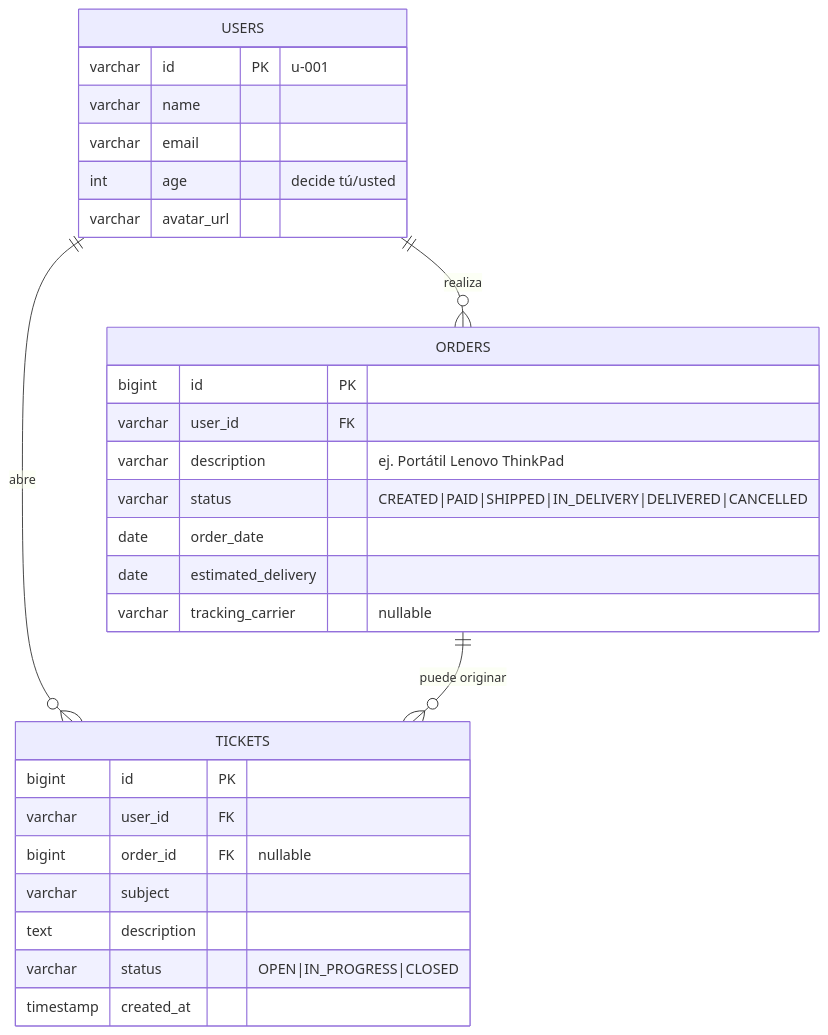
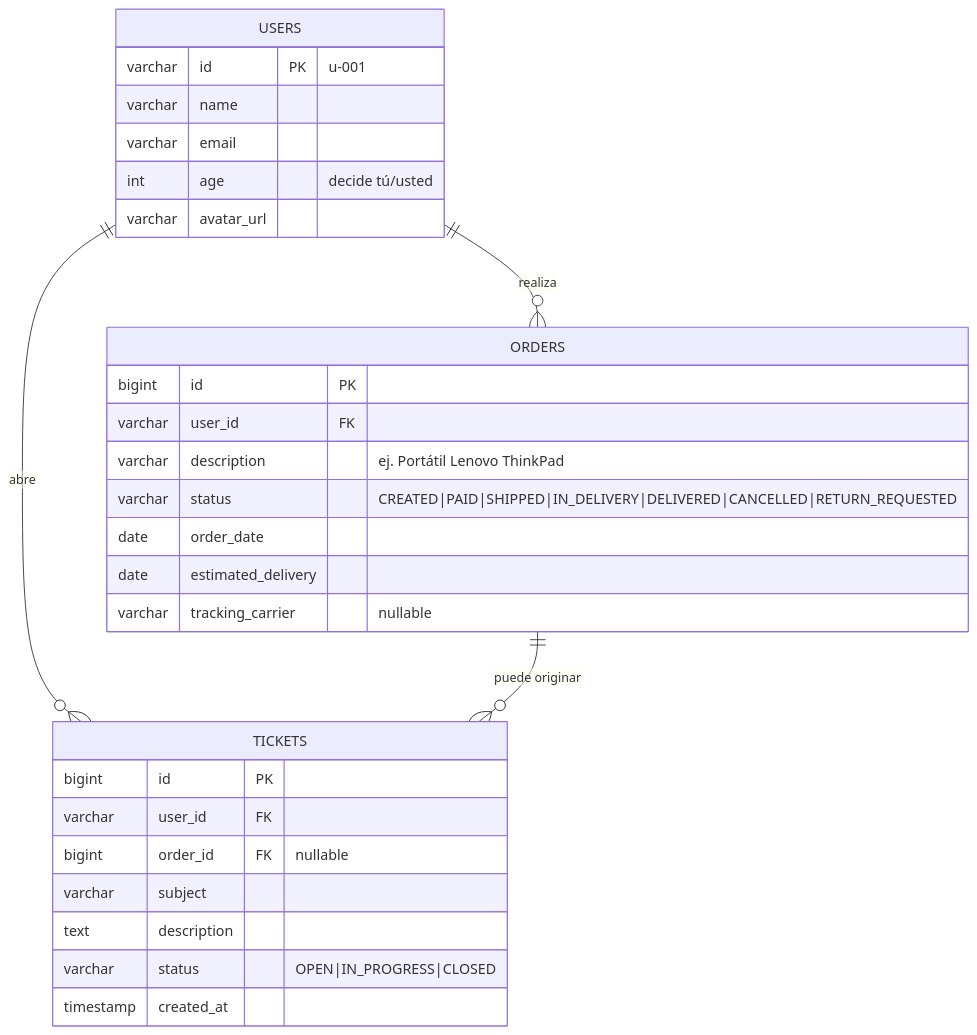
Before and after one commit to mikel0ne/ai-platform-portfolio: the diagram in docs/arquitectura/03-modelo-datos.md, drawn with Mermaid. The commit also changed other lines of this file and 7 other files, not shown here.

Commit message:
docs(l1-copilot): returns, ticket queries and navigation in the architecture

````diff
--- a/docs/arquitectura/03-modelo-datos.md
+++ b/docs/arquitectura/03-modelo-datos.md
@@ -5,32 +5,32 @@
 ```mermaid
 erDiagram
     USERS ||--o{ ORDERS : "realiza"
     USERS ||--o{ TICKETS : "abre"
     ORDERS ||--o{ TICKETS : "puede originar"
 
     USERS {
         varchar id PK "u-001"
         varchar name
         varchar email
         int age "decide tú/usted"
         varchar avatar_url
     }
     ORDERS {
         bigint id PK
         varchar user_id FK
         varchar description "ej. Portátil Lenovo ThinkPad"
-        varchar status "CREATED|PAID|SHIPPED|IN_DELIVERY|DELIVERED|CANCELLED"
+        varchar status "CREATED|PAID|SHIPPED|IN_DELIVERY|DELIVERED|CANCELLED|RETURN_REQUESTED"
         date order_date
         date estimated_delivery
         varchar tracking_carrier "nullable"
     }
     TICKETS {
         bigint id PK
         varchar user_id FK
         bigint order_id FK "nullable"
         varchar subject
         text description
         varchar status "OPEN|IN_PROGRESS|CLOSED"
         timestamp created_at
     }
 ```
````
